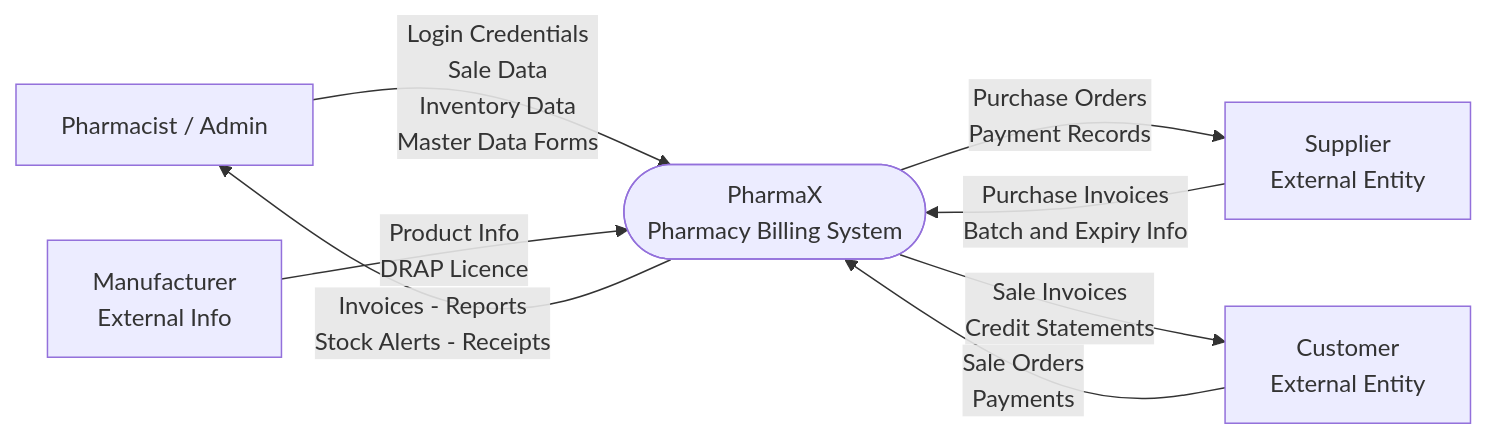
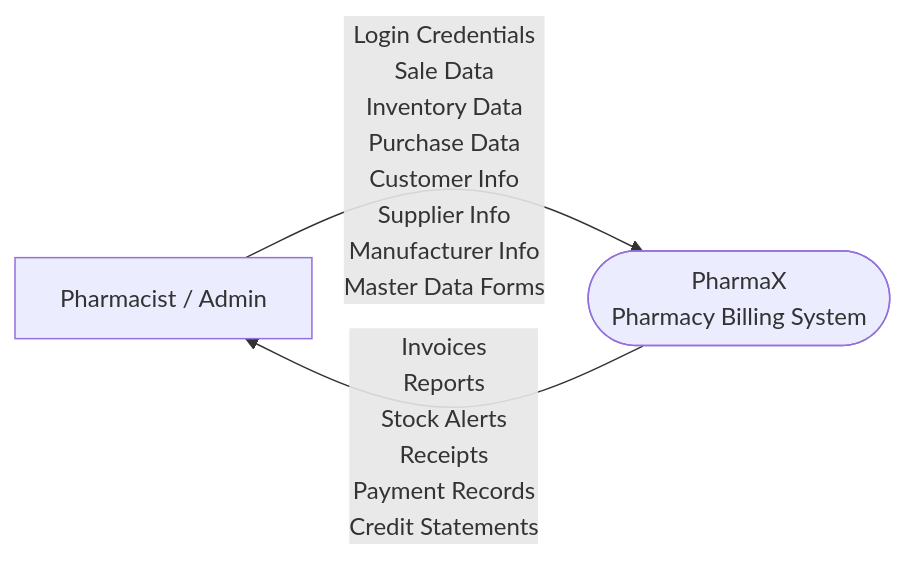
One commit to M-Abdullah07/Pharmacy-Billing-App changed the third of 13 diagrams in UML_Diagrams_V1.md. Above: the diagram before and after it, drawn with Mermaid.

````diff
--- a/UML_Diagrams_V1.md
+++ b/UML_Diagrams_V1.md
@@ -99,16 +99,23 @@
 ```mermaid
 graph LR
     U["Pharmacist / Admin"]
     SYS(["PharmaX\nPharmacy Billing System"])
-    EXT1["Manufacturer\nExternal Info"]
-    EXT2["Supplier\nExternal Entity"]
-    EXT3["Customer\nExternal Entity"]
 
-    U -->|"Login Credentials\nSale Data\nInventory Data\nMaster Data Forms"| SYS
-    SYS -->|"Invoices - Reports\nStock Alerts - Receipts"| U
-    EXT1 -->|"Product Info\nDRAP Licence"| SYS
-    EXT2 -->|"Purchase Invoices\nBatch and Expiry Info"| SYS
-    SYS -->|"Purchase Orders\nPayment Records"| EXT2
-    EXT3 -->|"Sale Orders\nPayments"| SYS
-    SYS -->|"Sale Invoices\nCredit Statements"| EXT3
+    %% Input flows from Admin to System
+    U -->|"Login Credentials
+    Sale Data
+    Inventory Data 
+    Purchase Data
+    Customer Info
+    Supplier Info
+    Manufacturer Info
+    Master Data Forms"| SYS
+
+    %% Output flows from System to Admin
+    SYS -->|"Invoices
+    Reports
+    Stock Alerts
+    Receipts
+    Payment Records
+    Credit Statements"| U
 ```
````
